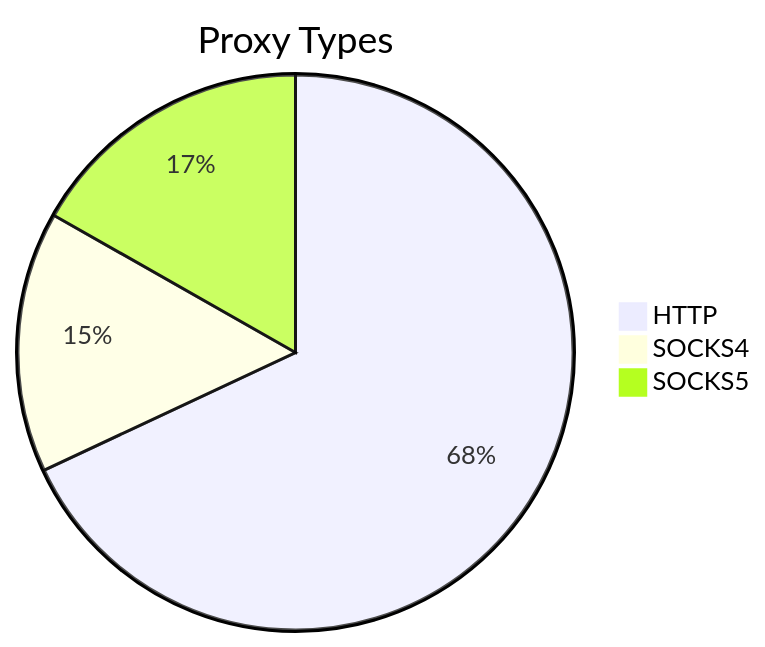
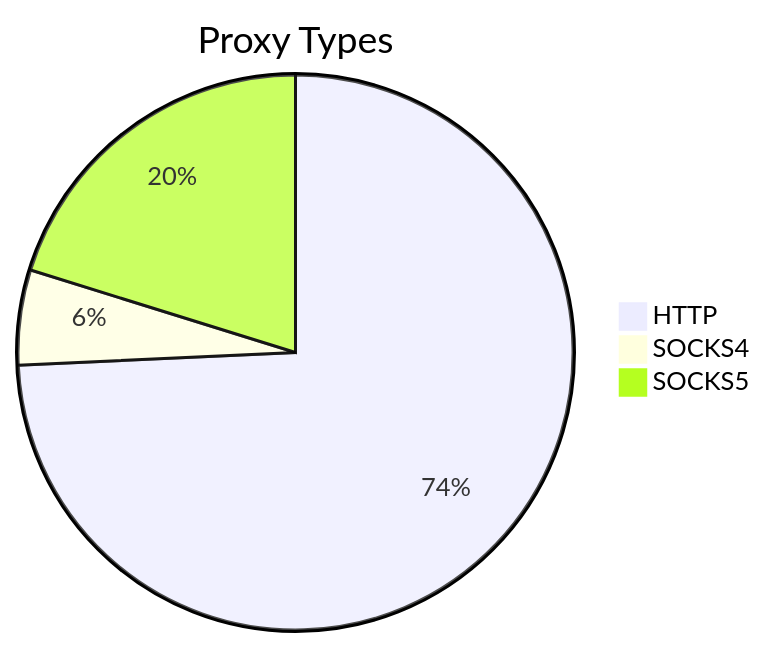
Before and after one commit to stormsia/proxy-list: the first of 2 diagrams in README.md, drawn with Mermaid. The commit also changed other lines of this file, not shown here.

````diff
--- a/README.md
+++ b/README.md
@@ -21,6 +21,6 @@
 ```mermaid
 pie title Proxy Types
-    "HTTP" : 300
-    "SOCKS4" : 67
-    "SOCKS5" : 74
+    "HTTP" : 228
+    "SOCKS4" : 17
+    "SOCKS5" : 62
 ```
````
